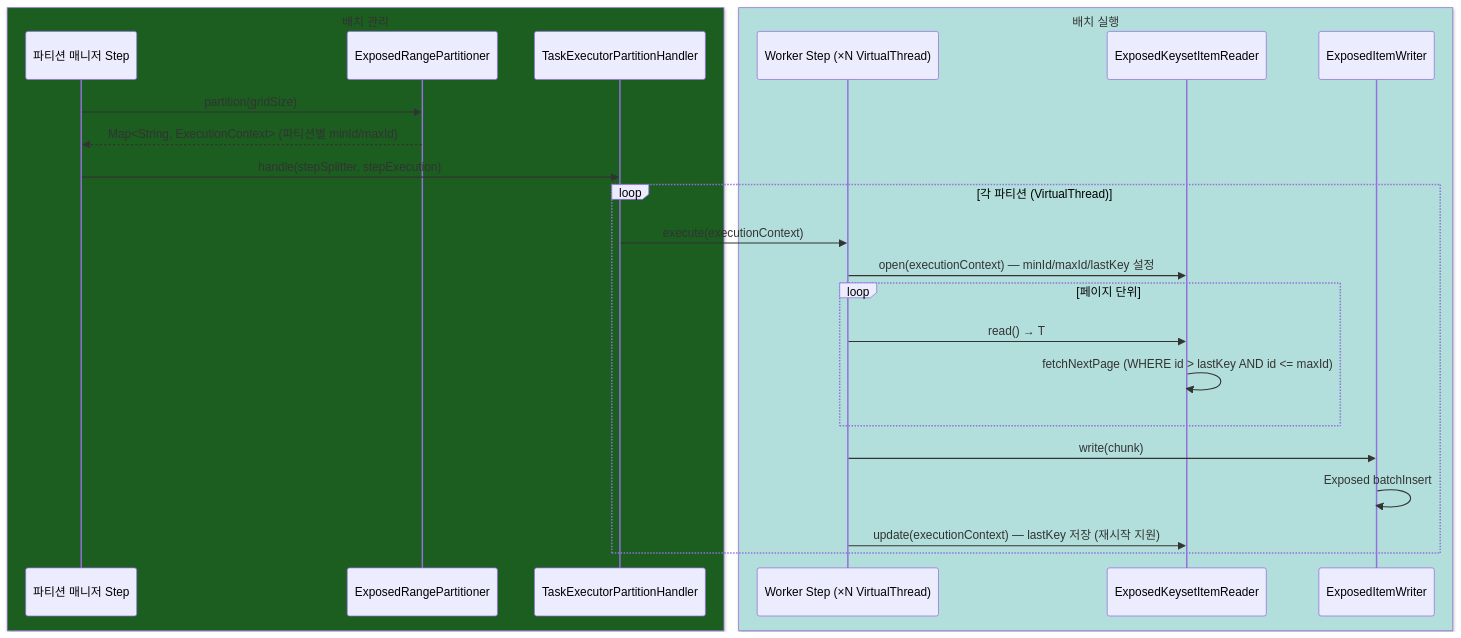
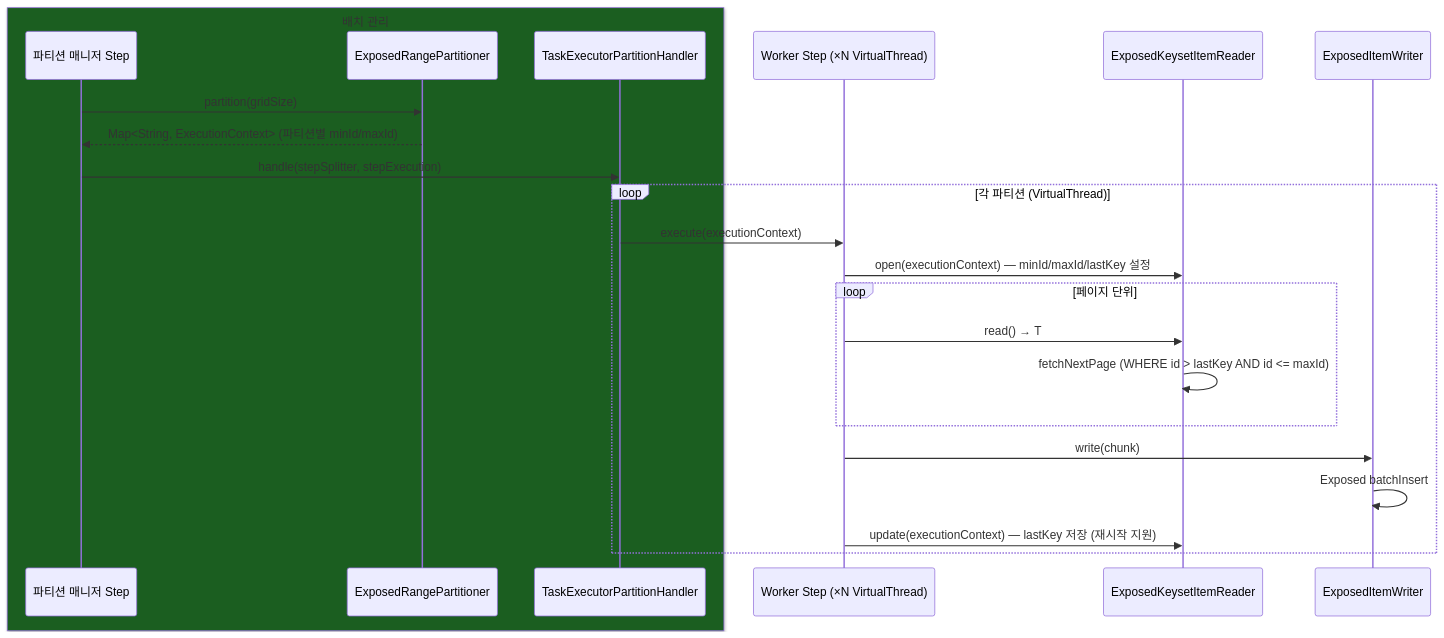
The second of 3 diagrams in spring-boot3/batch-exposed/README.ko.md (bluetape4k/bluetape4k-projects), drawn with Mermaid before and after one commit. The commit also changed other lines of this file and 219 other files, not shown here.

First line of the commit message:
docs: 전체 README Mermaid 다이어그램 가이드 적용

````diff
--- a/spring-boot3/batch-exposed/README.ko.md
+++ b/spring-boot3/batch-exposed/README.ko.md
@@ -74,28 +74,26 @@
 ```mermaid
 sequenceDiagram
     box rgb(27,94,32) 배치 관리
         participant Manager as 파티션 매니저 Step
         participant Partitioner as ExposedRangePartitioner
         participant Handler as TaskExecutorPartitionHandler
     end
-    box rgb(178,223,219) 배치 실행
         participant Worker as Worker Step (×N VirtualThread)
         participant Reader as ExposedKeysetItemReader
         participant Writer as ExposedItemWriter
-    end
 
     Manager->>Partitioner: partition(gridSize)
     Partitioner-->>Manager: Map<String, ExecutionContext> (파티션별 minId/maxId)
     Manager->>Handler: handle(stepSplitter, stepExecution)
     loop 각 파티션 (VirtualThread)
         Handler->>Worker: execute(executionContext)
         Worker->>Reader: open(executionContext) — minId/maxId/lastKey 설정
         loop 페이지 단위
             Worker->>Reader: read() → T
             Reader->>Reader: fetchNextPage (WHERE id > lastKey AND id <= maxId)
         end
         Worker->>Writer: write(chunk)
         Writer->>Writer: Exposed batchInsert
         Worker->>Reader: update(executionContext) — lastKey 저장 (재시작 지원)
     end
 ```
````
